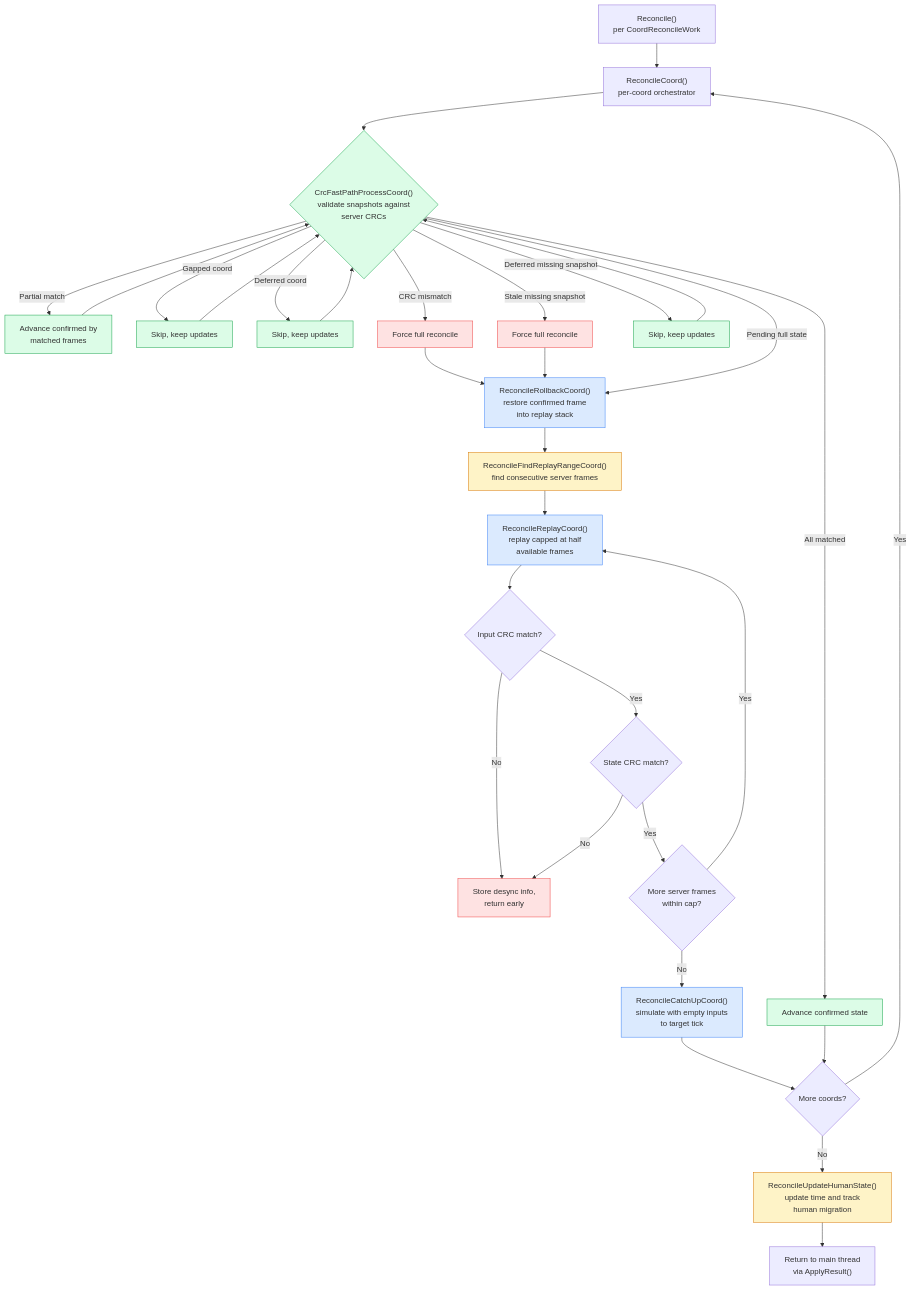
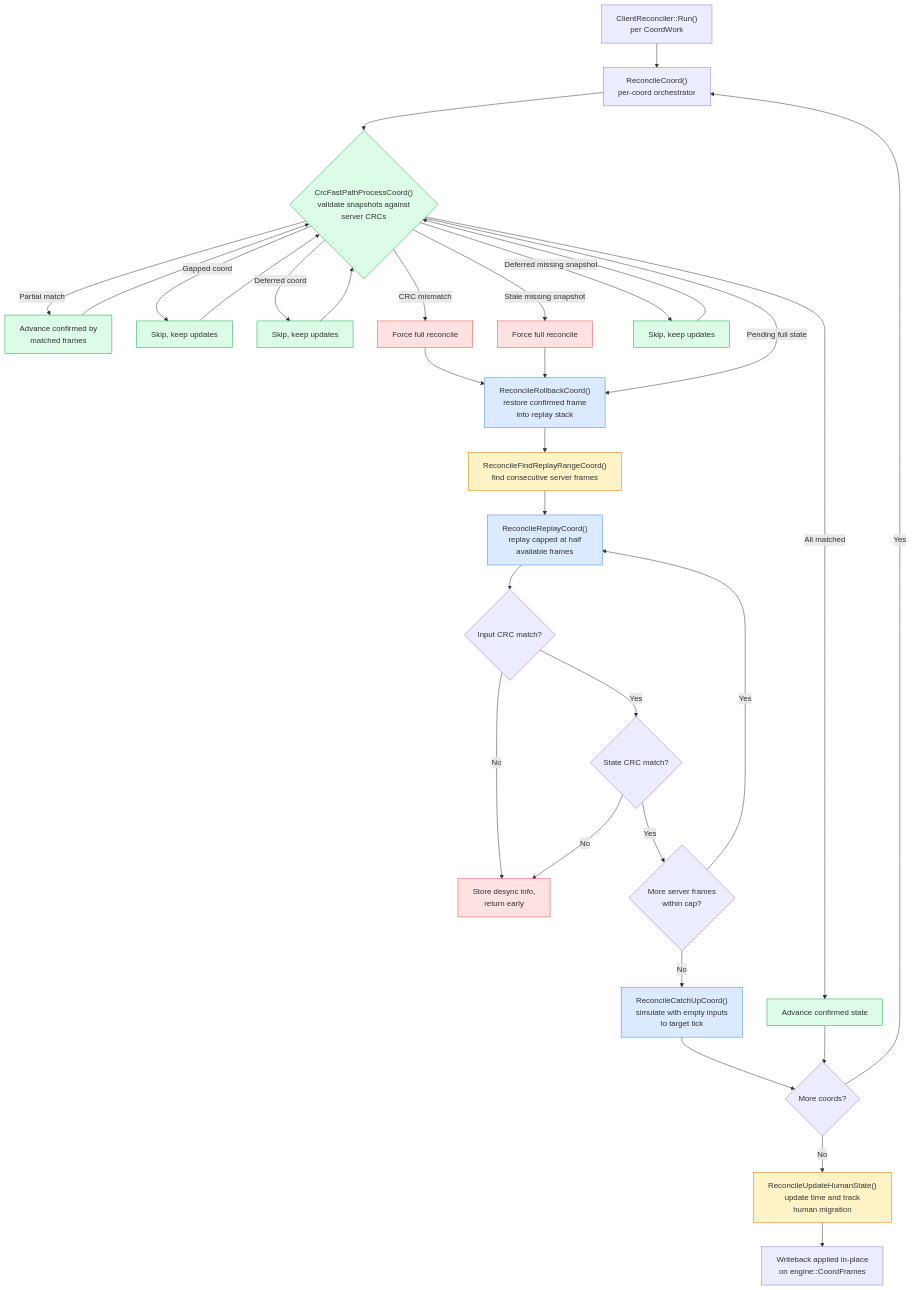
One commit to DougTanner/BrokenEnginePublic changed the first of 5 diagrams in Documents/Architecture/GameReconciliation.md. Above: the diagram before and after it, drawn with Mermaid. The commit also changed other lines of this file and 45 other files, not shown here.

````diff
--- a/Documents/Architecture/GameReconciliation.md
+++ b/Documents/Architecture/GameReconciliation.md
@@ -9,52 +9,52 @@
 ```mermaid
 %%{init: {'theme': 'default'}}%%
 flowchart TD
     classDef fastpath fill:#dcfce7,stroke:#16a34a
     classDef replay fill:#dbeafe,stroke:#3b82f6
     classDef error fill:#fee2e2,stroke:#ef4444
     classDef state fill:#fef3c7,stroke:#d97706
 
-    START["Reconcile()<br/>per CoordReconcileWork"] --> COORD["ReconcileCoord()<br/>per-coord orchestrator"]
+    START["ClientReconciler::Run()<br/>per CoordWork"] --> COORD["ReconcileCoord()<br/>per-coord orchestrator"]
 
     COORD --> CRC
 
     CRC{"CrcFastPathProcessCoord()<br/>validate snapshots against<br/>server CRCs"}:::fastpath
     CRC -->|"All matched"| FASTDONE["Advance confirmed state"]:::fastpath
     CRC -->|"Partial match"| PARTIAL["Advance confirmed by<br/>matched frames"]:::fastpath
     PARTIAL --> CRC
     CRC -->|"Gapped coord"| GAPSKIP["Skip, keep updates"]:::fastpath
     GAPSKIP --> CRC
     CRC -->|"Deferred coord"| DEFERRED["Skip, keep updates"]:::fastpath
     DEFERRED --> CRC
     CRC -->|"CRC mismatch"| MISMATCH["Force full reconcile"]:::error
     MISMATCH --> ROLLBACK
     CRC -->|"Stale missing snapshot"| STALENOSNAPSHOT["Force full reconcile"]:::error
     STALENOSNAPSHOT --> ROLLBACK
     CRC -->|"Deferred missing snapshot"| DEFNOSNAPSHOT["Skip, keep updates"]:::fastpath
     DEFNOSNAPSHOT --> CRC
     CRC -->|"Pending full state"| ROLLBACK
 
     ROLLBACK["ReconcileRollbackCoord()<br/>restore confirmed frame<br/>into replay stack"]:::replay --> FINDRANGE
 
     FINDRANGE["ReconcileFindReplayRangeCoord()<br/>find consecutive server frames"]:::state --> REPLAY
 
     REPLAY["ReconcileReplayCoord()<br/>replay capped at half<br/>available frames"]:::replay
 
     REPLAY --> INPUTCRC{"Input CRC match?"}
     INPUTCRC -->|"No"| DESYNC
     INPUTCRC -->|"Yes"| CRCCHECK{"State CRC match?"}
     CRCCHECK -->|"Yes"| NEXTSRV{"More server frames<br/>within cap?"}
     CRCCHECK -->|"No"| DESYNC["Store desync info,<br/>return early"]:::error
 
     NEXTSRV -->|"Yes"| REPLAY
     NEXTSRV -->|"No"| CATCHUP
 
     CATCHUP["ReconcileCatchUpCoord()<br/>simulate with empty inputs<br/>to target tick"]:::replay
 
     CATCHUP --> NEXTCOORD{"More coords?"}
     NEXTCOORD -->|"Yes"| COORD
     NEXTCOORD -->|"No"| HUMAN["ReconcileUpdateHumanState()<br/>update time and track<br/>human migration"]:::state
 
-    HUMAN --> DONE["Return to main thread<br/>via ApplyResult()"]
+    HUMAN --> DONE["Writeback applied in-place<br/>on engine::CoordFrames"]
     FASTDONE --> NEXTCOORD
 ```
````
